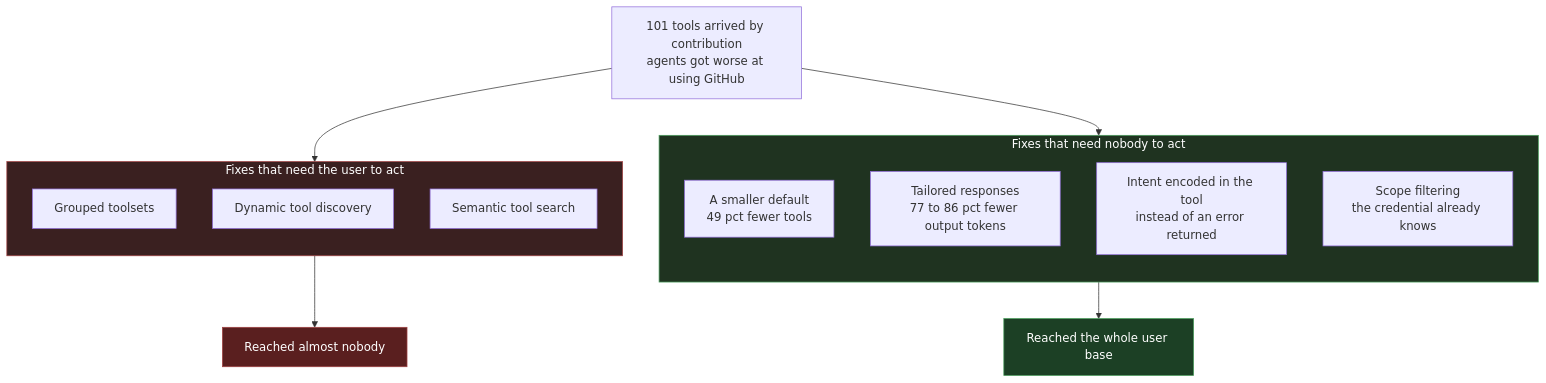
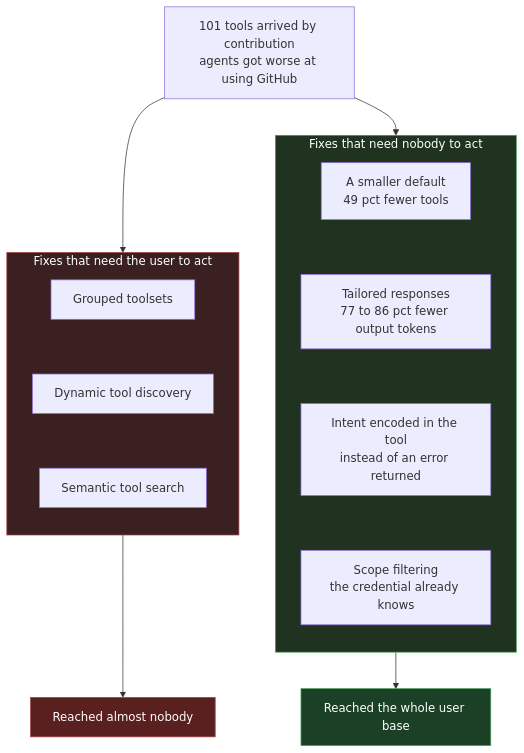
One commit to 0xchamin/mincha_brain changed the first of 7 diagrams in sources/260816_scaling-github-for-agents/LEARNING.md. Above: the diagram before and after it, drawn with Mermaid. The commit also changed other lines of this file, not shown here.

````diff
--- a/sources/260816_scaling-github-for-agents/LEARNING.md
+++ b/sources/260816_scaling-github-for-agents/LEARNING.md
@@ -23,29 +23,31 @@
 ```mermaid
 flowchart TB
     P["101 tools arrived by contribution<br/>agents got worse at using GitHub"]
 
     subgraph U["Fixes that need the user to act"]
         direction TB
         T1["Grouped toolsets"]
         T2["Dynamic tool discovery"]
         T3["Semantic tool search"]
+        T1 ~~~ T2 ~~~ T3
     end
 
     subgraph N["Fixes that need nobody to act"]
         direction TB
         D1["A smaller default<br/>49 pct fewer tools"]
         D2["Tailored responses<br/>77 to 86 pct fewer output tokens"]
         D3["Intent encoded in the tool<br/>instead of an error returned"]
         D4["Scope filtering<br/>the credential already knows"]
+        D1 ~~~ D2 ~~~ D3 ~~~ D4
     end
 
     P --> U
     P --> N
     U --> X["Reached almost nobody"]
     N --> Y["Reached the whole user base"]
 
     style U fill:#3a2020,stroke:#a04040,color:#fff
     style N fill:#1f3320,stroke:#4a9e5c,color:#fff
     style X fill:#5a1f1f,stroke:#a04040,color:#fff
     style Y fill:#1c4025,stroke:#4a9e5c,color:#fff
 ```
````
